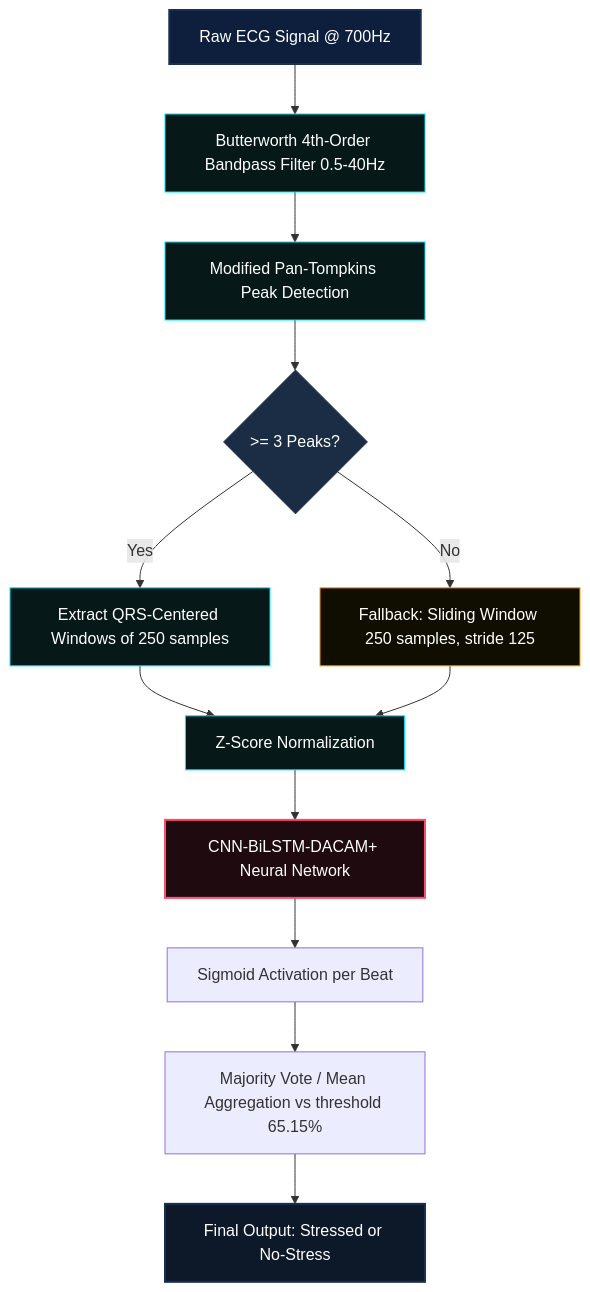
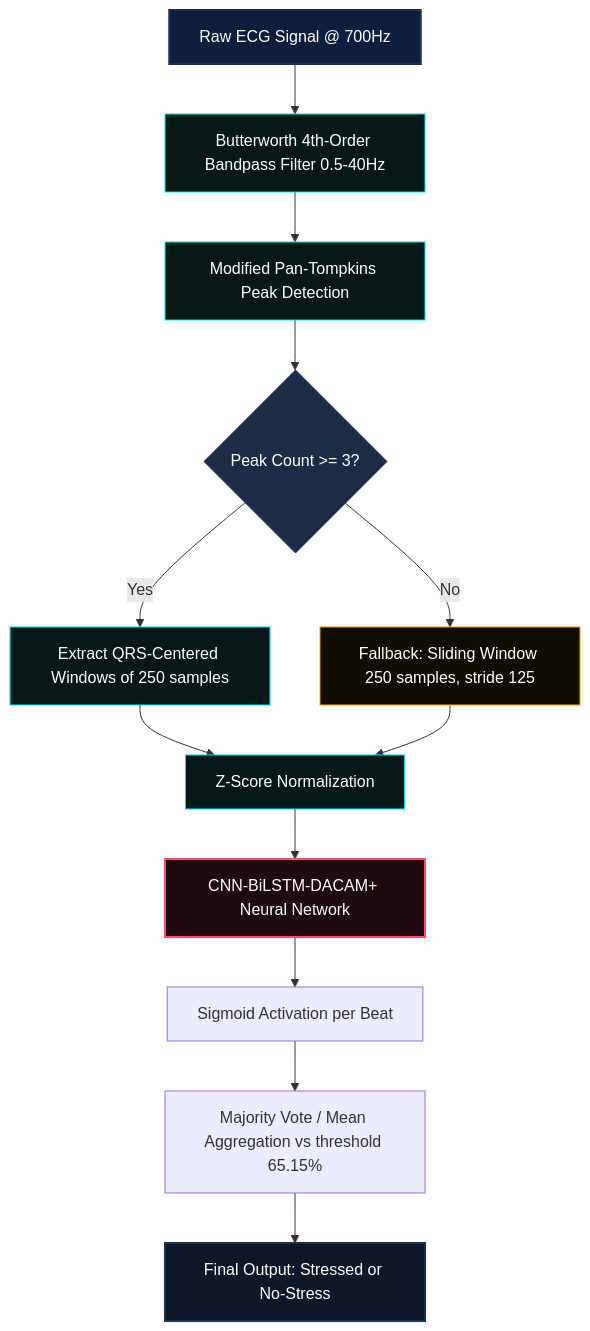
Before and after one commit to ArBaghel/Stress--Prediction: the first of 2 diagrams in README.md, drawn with Mermaid. The commit also changed other lines of this file, not shown here.

````diff
--- a/README.md
+++ b/README.md
@@ -16,24 +18,24 @@
 ```mermaid
 graph TD
-    A[Raw ECG Signal @ 700Hz] --> B[Butterworth 4th-Order Bandpass Filter 0.5-40Hz]
-    B --> C[Modified Pan-Tompkins Peak Detection]
-    C --> D{>= 3 Peaks?}
-    D -- Yes --> E[Extract QRS-Centered Windows of 250 samples]
-    D -- No --> F[Fallback: Sliding Window 250 samples, stride 125]
-    E --> G[Z-Score Normalization]
+    A["Raw ECG Signal @ 700Hz"] --> B["Butterworth 4th-Order Bandpass Filter 0.5-40Hz"]
+    B --> C["Modified Pan-Tompkins Peak Detection"]
+    C --> D{"Peak Count >= 3?"}
+    D -- Yes --> E["Extract QRS-Centered Windows of 250 samples"]
+    D -- No --> F["Fallback: Sliding Window 250 samples, stride 125"]
+    E --> G["Z-Score Normalization"]
     F --> G
-    G --> H[CNN-BiLSTM-DACAM+ Neural Network]
-    H --> I[Sigmoid Activation per Beat]
-    I --> J[Majority Vote / Mean Aggregation vs threshold 65.15%]
-    J --> K[Final Output: Stressed or No-Stress]
-    
+    G --> H["CNN-BiLSTM-DACAM+ Neural Network"]
+    H --> I["Sigmoid Activation per Beat"]
+    I --> J["Majority Vote / Mean Aggregation vs threshold 65.15%"]
+    J --> K["Final Output: Stressed or No-Stress"]
+ 
     style A fill:#0d1f3c,stroke:#1a3050,stroke-width:2px,color:#fff
     style B fill:#061818,stroke:#00e5ff,stroke-width:1px,color:#fff
     style C fill:#061818,stroke:#00e5ff,stroke-width:1px,color:#fff
     style D fill:#1a2d45,stroke:#1a3050,stroke-width:1px,color:#fff
     style E fill:#061818,stroke:#00e5ff,stroke-width:1px,color:#fff
     style F fill:#0f0e00,stroke:#ff9800,stroke-width:1px,color:#fff
     style G fill:#061818,stroke:#00e5ff,stroke-width:1px,color:#fff
     style H fill:#1f0a10,stroke:#ff4b6e,stroke-width:2px,color:#fff
     style K fill:#0d1828,stroke:#1a3050,stroke-width:2px,color:#fff
 ```
````
